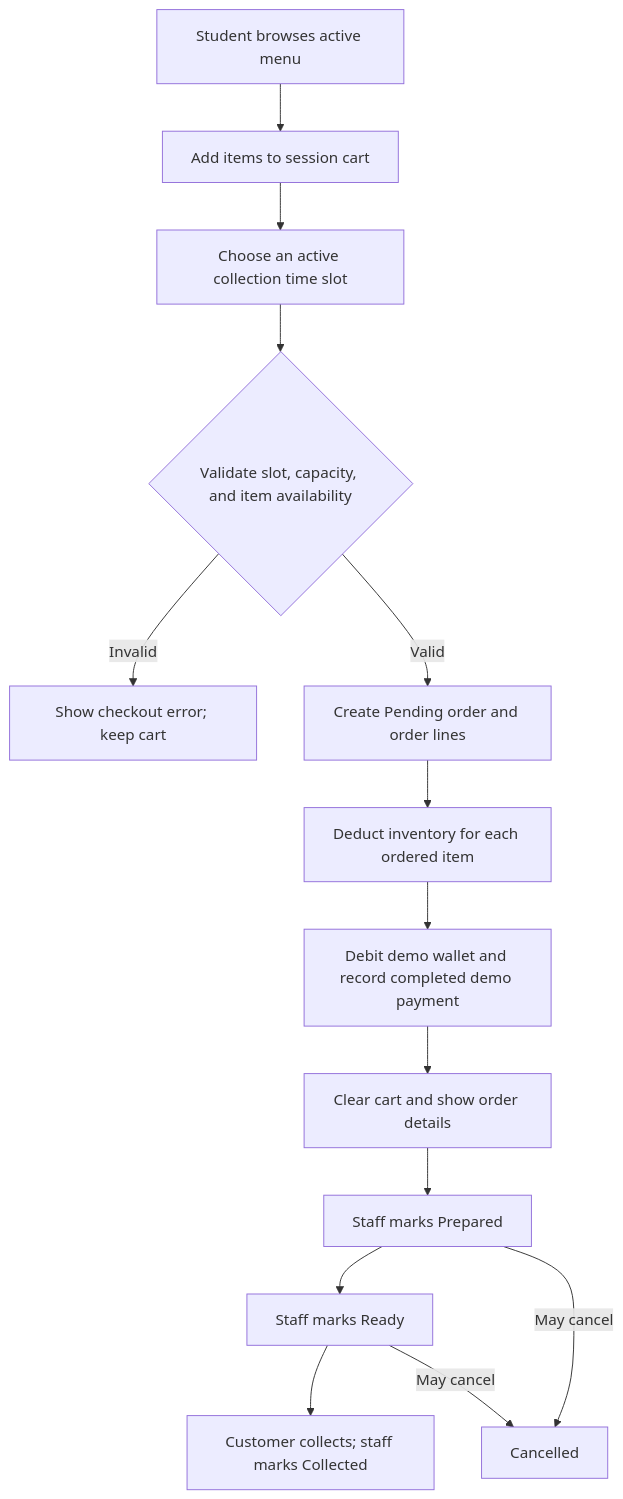
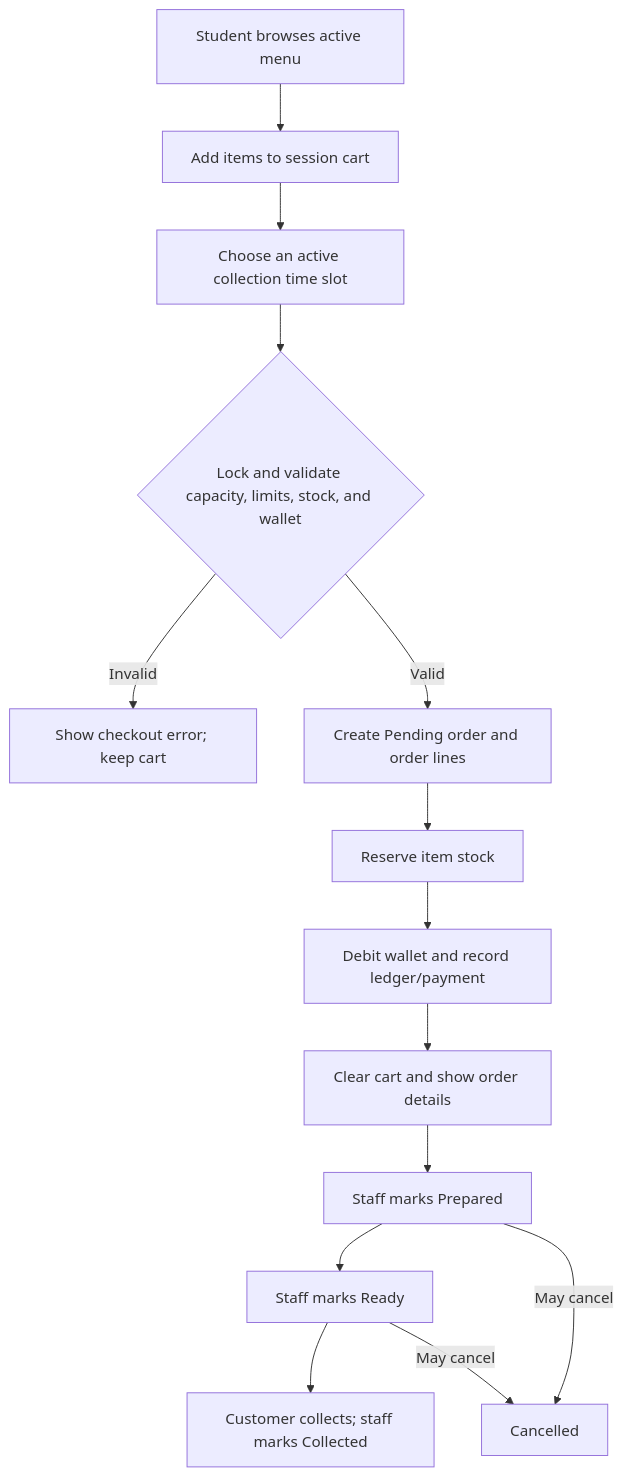
The third of 3 diagrams in README.md (Group3-CPUT-PRT262s/cafeteria-system), drawn with Mermaid before and after one commit. The commit also changed other lines of this file and 51 other files, not shown here.

````diff
--- a/README.md
+++ b/README.md
@@ -287,16 +303,16 @@
 ```mermaid
 flowchart TD
     A[Student browses active menu] --> B[Add items to session cart]
     B --> C[Choose an active collection time slot]
-    C --> D{Validate slot, capacity, and item availability}
+    C --> D{Lock and validate capacity, limits, stock, and wallet}
     D -->|Invalid| E[Show checkout error; keep cart]
     D -->|Valid| F[Create Pending order and order lines]
-    F --> G[Deduct inventory for each ordered item]
-    G --> H[Debit demo wallet and record completed demo payment]
+    F --> G[Reserve item stock]
+    G --> H[Debit wallet and record ledger/payment]
     H --> I[Clear cart and show order details]
     I --> J[Staff marks Prepared]
     J --> K[Staff marks Ready]
     K --> L[Customer collects; staff marks Collected]
     J -->|May cancel| M[Cancelled]
     K -->|May cancel| M
 ```
````
